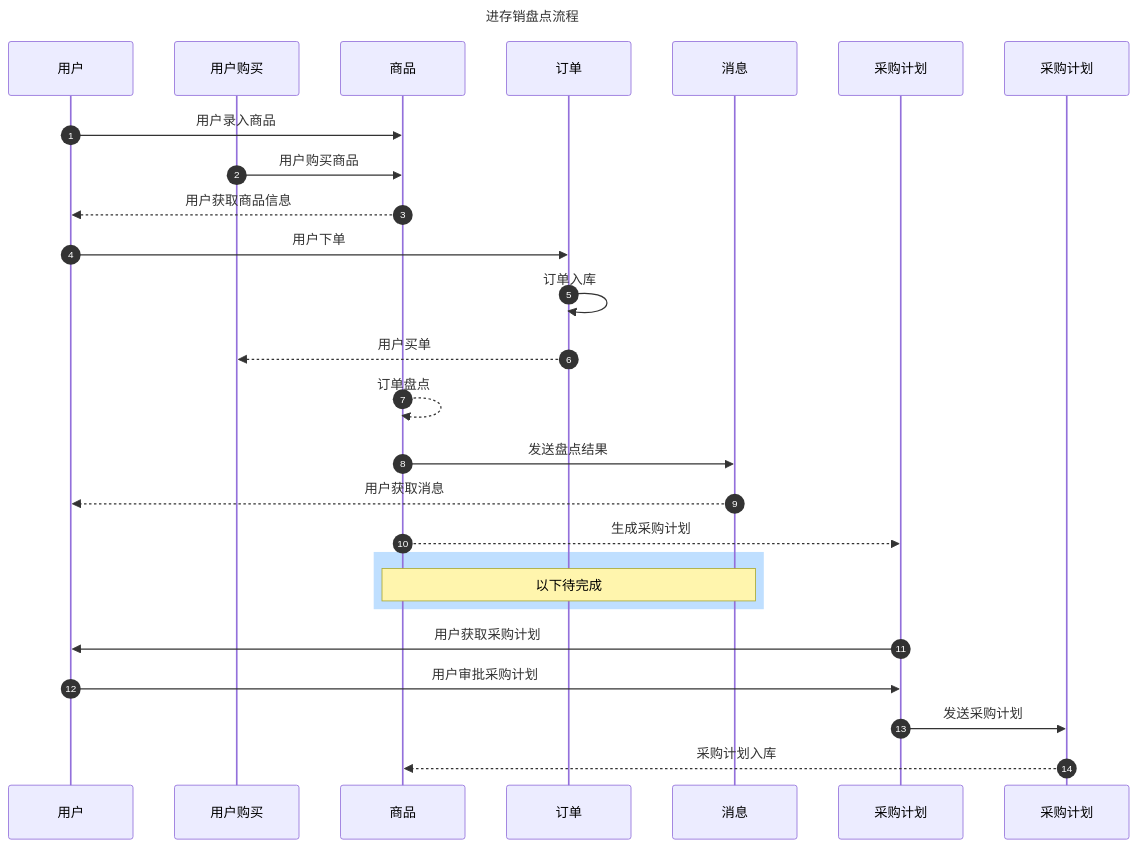
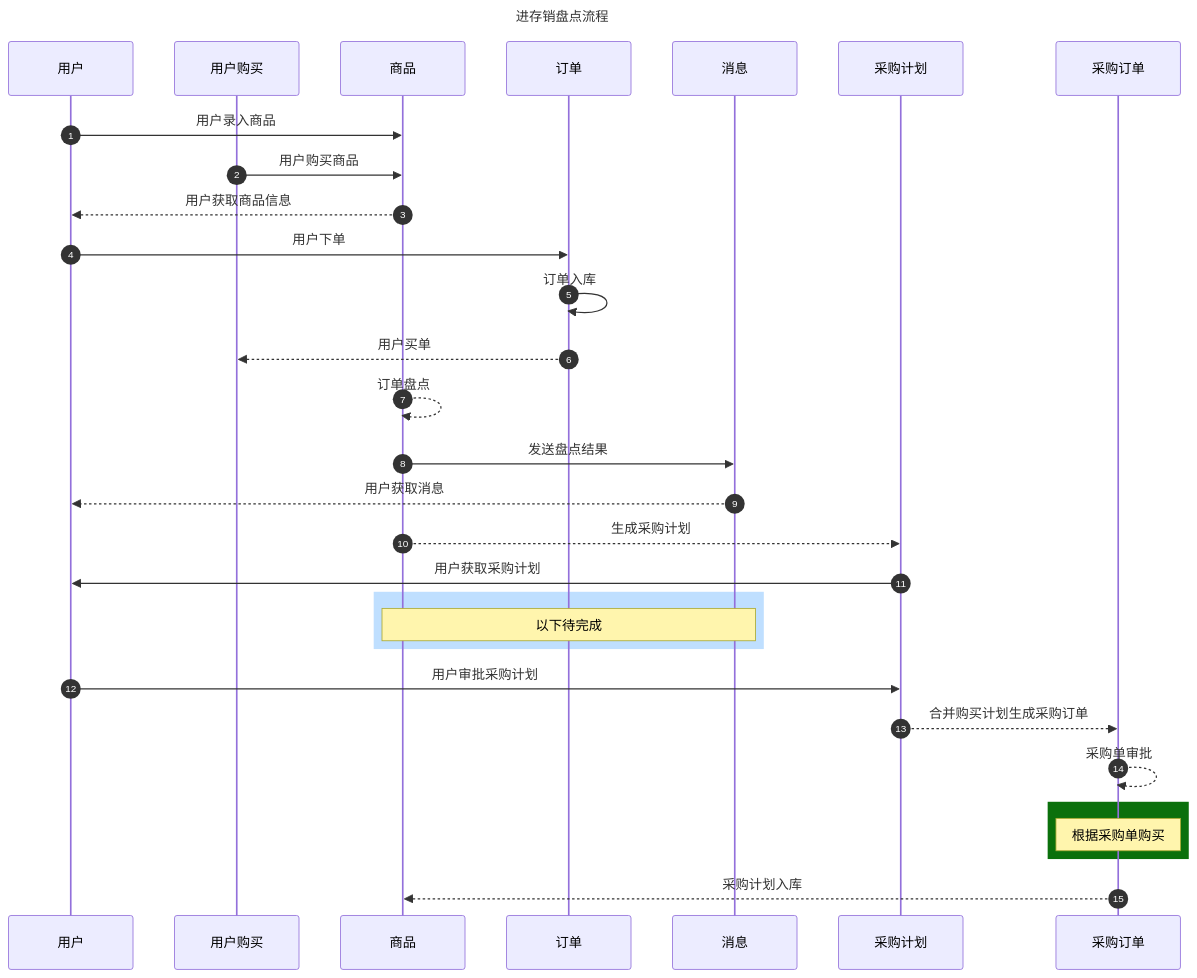
The second of 3 diagrams in README.md (fca197/aps-inventory-sales), drawn with Mermaid before and after one commit. The commit also changed other lines of this file and 1 other file, not shown here.

````diff
--- a/README.md
+++ b/README.md
@@ -34,33 +34,37 @@
 ```mermaid
 
 sequenceDiagram
 autonumber
 title: 进存销盘点流程
 participant U as 用户
 participant BU as 用户购买
 participant G as 商品
 participant O as  订单
 participant M as  消息
 participant BB as  采购计划
-participant P as  采购计划
+participant BO as  采购订单
 
 
 U->>G: 用户录入商品
 BU->>G: 用户购买商品
 G-->>U: 用户获取商品信息
 U->>O: 用户下单
 O->>O: 订单入库
 O-->>BU: 用户买单
 G-->>G: 订单盘点
 G->>M: 发送盘点结果
 M-->>U: 用户获取消息
 G-->>BB: 生成采购计划
+BB->>U: 用户获取采购计划
 rect rgb(191, 223, 255)
 Note over G,M:  以下待完成
 end 
-BB->>U: 用户获取采购计划
 U->>BB: 用户审批采购计划
-BB->>P: 发送采购计划
-P-->>G: 采购计划入库
+BB-->>BO: 合并购买计划生成采购订单
+BO-->>BO: 采购单审批
+rect rgb(11, 112, 12)
+    note over BO: 根据采购单购买 
+end
+BO-->>G: 采购计划入库
 
 ```
````
